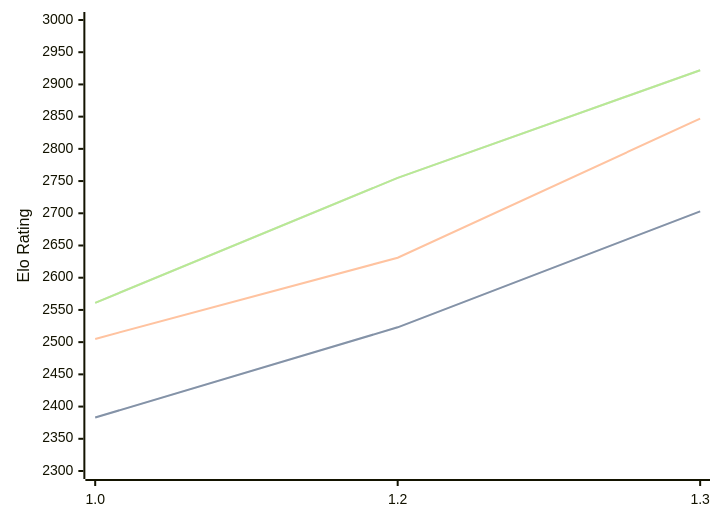
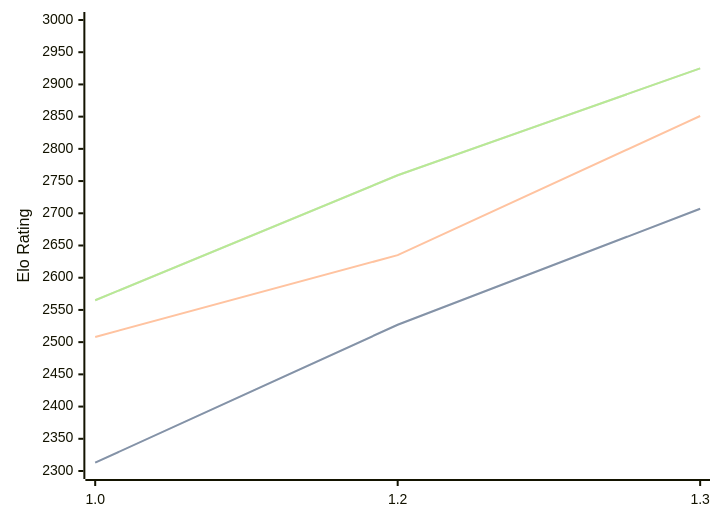
One commit to computer-chess-index/cci changed the diagram in engines/Chessnix.md. Above: the diagram before and after it, drawn with Mermaid. The commit also changed other lines of this file, not shown here.

Commit message:
Update CCI Ratings (ELO VLTC) - 2026-02-24

````diff
--- a/engines/Chessnix.md
+++ b/engines/Chessnix.md
@@ -31,11 +31,11 @@
 ```mermaid
 %%{init: {"theme":"base","themeVariables":{"seriesColors:['#a3a3a3','#222221','#faa371']}}}%%
 xychart-beta
   x-axis ["1.0", "1.2", "1.3"]
   y-axis "Elo Rating" 2300 --> 3000
-  line "STC (8.0+0.08s)" [2383, 2523, 2703]
-  line "STC (8.0+0.08s)" [2383, 2523, 2703]
-  line "LTC (60.0+0.60s)" [2505, 2631, 2847]
-  line "VLTC (2m24s+1.12s)" [2561, 2755, 2922]
-  line "VLTC (2m24s+1.12s)" [2561, 2755, 2922]
+  line "STC (8.0+0.08s)" [2313, 2527, 2707]
+  line "STC (8.0+0.08s)" [2313, 2527, 2707]
+  line "LTC (60.0+0.60s)" [2508, 2635, 2851]
+  line "VLTC (2m24s+1.12s)" [2565, 2759, 2925]
+  line "VLTC (2m24s+1.12s)" [2565, 2759, 2925]
 ```
````
